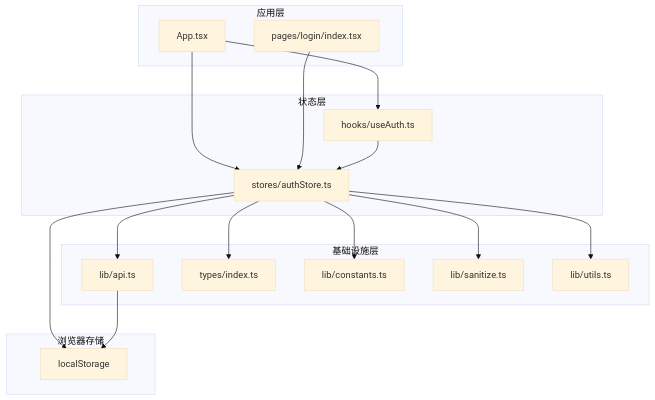
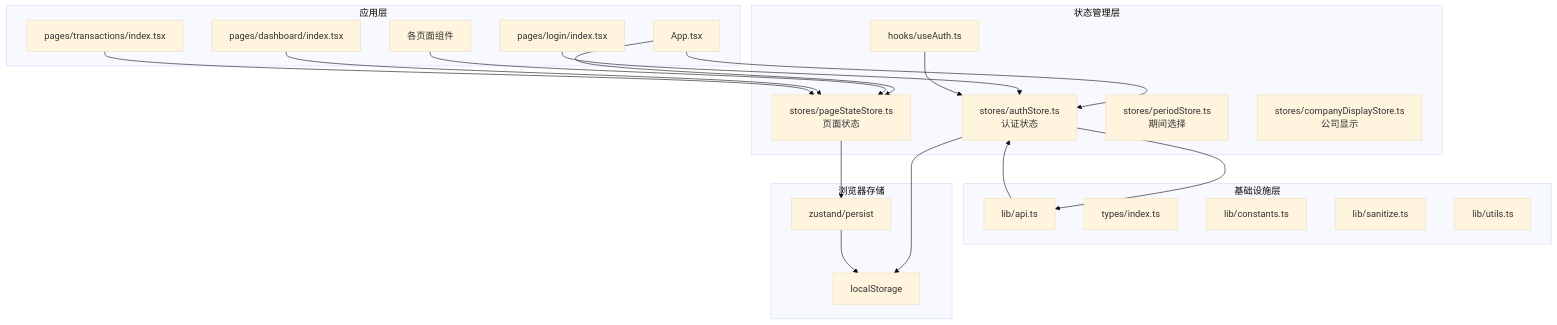
The first of 7 diagrams in .qoder/repowiki/zh/content/架构设计/状态管理/状态持久化.md (Damao997/newproject), drawn with Mermaid (base theme) before and after one commit. The commit also changed other lines of this file and 22 other files, not shown here.

````diff
--- a/.qoder/repowiki/zh/content/架构设计/状态管理/状态持久化.md
+++ b/.qoder/repowiki/zh/content/架构设计/状态管理/状态持久化.md
@@ -52,32 +63,40 @@
 ```mermaid
 graph TB
 subgraph "应用层"
 APP["App.tsx"]
+PAGES["各页面组件"]
 LOGIN["pages/login/index.tsx"]
+DASHBOARD["pages/dashboard/index.tsx"]
+TRANSACTIONS["pages/transactions/index.tsx"]
 end
-subgraph "状态层"
-AUTH_STORE["stores/authStore.ts"]
+subgraph "状态管理层"
+AUTH_STORE["stores/authStore.ts<br/>认证状态"]
+PAGE_STORE["stores/pageStateStore.ts<br/>页面状态"]
+PERIOD_STORE["stores/periodStore.ts<br/>期间选择"]
+COMPANY_STORE["stores/companyDisplayStore.ts<br/>公司显示"]
 USE_AUTH["hooks/useAuth.ts"]
 end
 subgraph "基础设施层"
 API_LIB["lib/api.ts"]
 TYPES["types/index.ts"]
 CONSTANTS["lib/constants.ts"]
 SANITIZE["lib/sanitize.ts"]
 UTILS["lib/utils.ts"]
 end
 subgraph "浏览器存储"
 LS["localStorage"]
+ZUSTAND["zustand/persist"]
 end
 APP --> AUTH_STORE
-APP --> USE_AUTH
+APP --> PAGE_STORE
+PAGES --> PAGE_STORE
 LOGIN --> AUTH_STORE
+DASHBOARD --> PAGE_STORE
+TRANSACTIONS --> PAGE_STORE
 AUTH_STORE --> API_LIB
 AUTH_STORE --> LS
+PAGE_STORE --> ZUSTAND
+ZUSTAND --> LS
 USE_AUTH --> AUTH_STORE
-API_LIB --> LS
-AUTH_STORE --> TYPES
-AUTH_STORE --> CONSTANTS
-AUTH_STORE --> SANITIZE
-AUTH_STORE --> UTILS
+API_LIB --> AUTH_STORE
 ```
````
